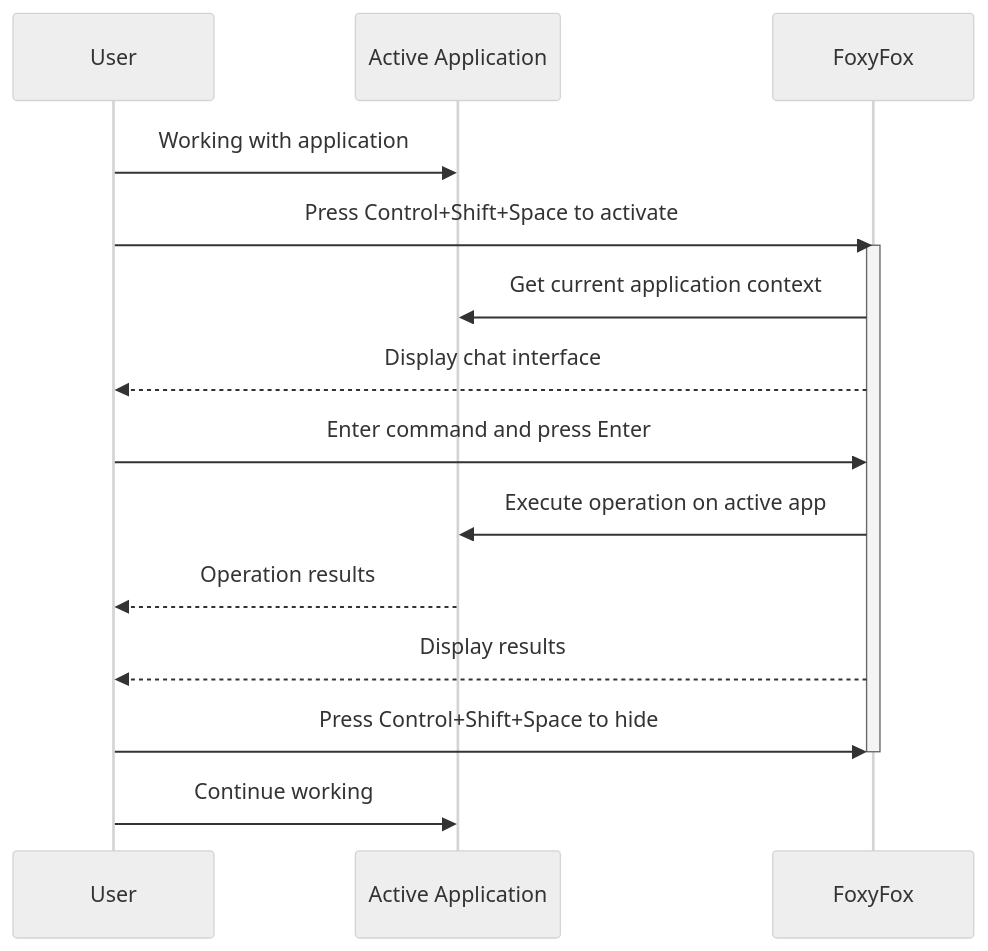
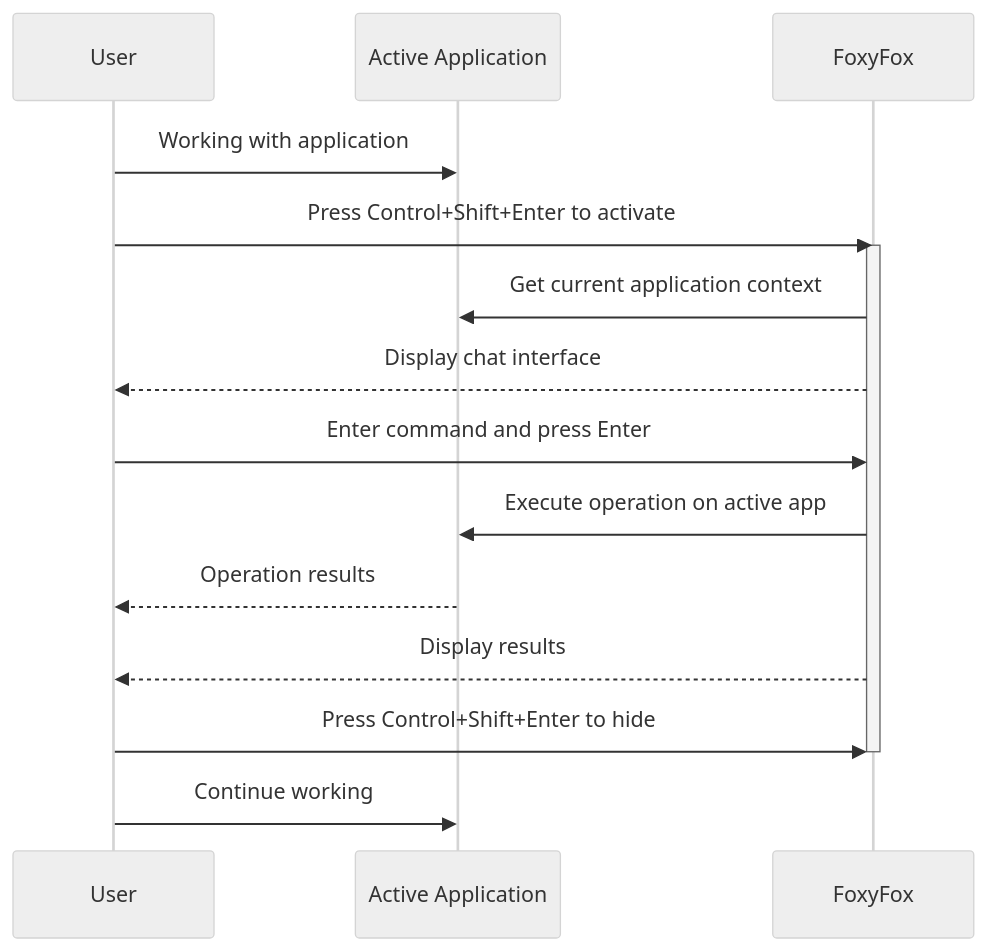
The diagram in workflow.md (CodeFox-Repo/Convera), drawn with Mermaid before and after one commit. The commit also changed other lines of this file and 3 other files, not shown here.

Commit message:
update evoke terminal to be control shift enter

````diff
--- a/workflow.md
+++ b/workflow.md
@@ -3,20 +3,20 @@
 ```mermaid
 %%{init: {'theme': 'neutral', 'themeVariables': { 'primaryColor': '#f0f0f0', 'primaryTextColor': '#333', 'primaryBorderColor': '#ccc', 'lineColor': '#666', 'secondaryColor': '#e6e6e6', 'tertiaryColor': '#fff' }}}%%
 sequenceDiagram
     participant User
     participant ActiveApp as Active Application
     participant FoxyFox as FoxyFox
 
     User->>ActiveApp: Working with application
-    User->>FoxyFox: Press Control+Shift+Space to activate
+    User->>FoxyFox: Press Control+Shift+Enter to activate
     activate FoxyFox
     FoxyFox->>ActiveApp: Get current application context
     FoxyFox-->>User: Display chat interface
     User->>FoxyFox: Enter command and press Enter
     FoxyFox->>ActiveApp: Execute operation on active app
     ActiveApp-->>User: Operation results
     FoxyFox-->>User: Display results
-    User->>FoxyFox: Press Control+Shift+Space to hide
+    User->>FoxyFox: Press Control+Shift+Enter to hide
     deactivate FoxyFox
     User->>ActiveApp: Continue working
 ```
````
